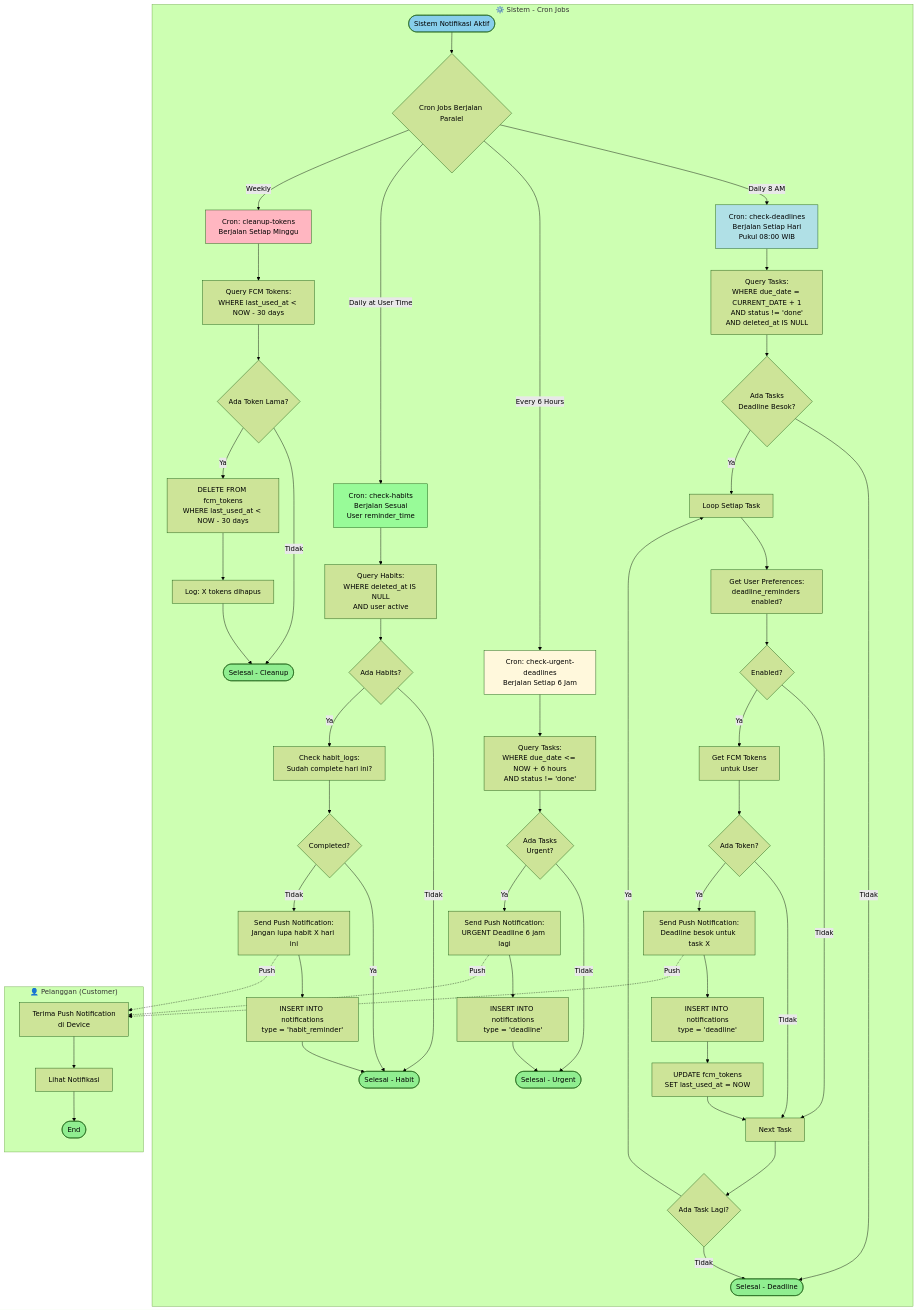
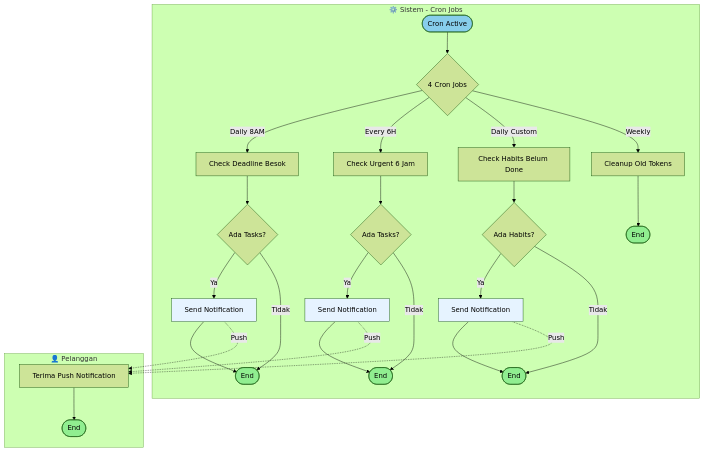
Before and after one commit to FarhanEfendi21/FlowDay: the eighth of 11 diagrams in ACTIVITY_DIAGRAMS.md, drawn with Mermaid (forest theme). The commit also changed other lines of this file, not shown here.

Commit message:
fix activity diagram

````diff
--- a/ACTIVITY_DIAGRAMS.md
+++ b/ACTIVITY_DIAGRAMS.md
@@ -501,77 +305,46 @@
 ```mermaid
 graph TD
     subgraph System["⚙️ Sistem - Cron Jobs"]
-        Start([Sistem Notifikasi Aktif]) --> ParallelCron{Cron Jobs Berjalan Paralel}
+        A([Cron Active]) --> B{4 Cron Jobs}
         
-        %% DEADLINE NOTIFICATION
-        ParallelCron -->|Daily 8 AM| CronDeadline[Cron: check-deadlines<br/>Berjalan Setiap Hari<br/>Pukul 08:00 WIB]
-        CronDeadline --> QueryDeadline[Query Tasks:<br/>WHERE due_date = CURRENT_DATE + 1<br/>AND status != 'done'<br/>AND deleted_at IS NULL]
-        QueryDeadline --> CheckDeadlineTasks{Ada Tasks<br/>Deadline Besok?}
-        CheckDeadlineTasks -->|Tidak| EndDeadline([Selesai - Deadline])
-        CheckDeadlineTasks -->|Ya| LoopDeadlineTasks[Loop Setiap Task]
-        LoopDeadlineTasks --> GetUserPrefs[Get User Preferences:<br/>deadline_reminders enabled?]
-        GetUserPrefs --> CheckDeadlineEnabled{Enabled?}
-        CheckDeadlineEnabled -->|Tidak| NextDeadlineTask[Next Task]
-        CheckDeadlineEnabled -->|Ya| GetFCMTokens[Get FCM Tokens<br/>untuk User]
-        GetFCMTokens --> CheckTokens{Ada Token?}
-        CheckTokens -->|Tidak| NextDeadlineTask
-        CheckTokens -->|Ya| SendDeadlineNotif[Send Push Notification:<br/>Deadline besok untuk task X]
-        SendDeadlineNotif --> SaveNotifHistory[INSERT INTO notifications<br/>type = 'deadline']
-        SaveNotifHistory --> UpdateTokenUsage[UPDATE fcm_tokens<br/>SET last_used_at = NOW]
-        UpdateTokenUsage --> NextDeadlineTask
-        NextDeadlineTask --> CheckMoreDeadline{Ada Task Lagi?}
-        CheckMoreDeadline -->|Ya| LoopDeadlineTasks
-        CheckMoreDeadline -->|Tidak| EndDeadline
+        B -->|Daily 8AM| C[Check Deadline Besok]
+        C --> D{Ada Tasks?}
+        D -->|Ya| E[Send Notification]
+        D -->|Tidak| F([End])
+        E --> F
         
-        %% URGENT DEADLINE
-        ParallelCron -->|Every 6 Hours| CronUrgent[Cron: check-urgent-deadlines<br/>Berjalan Setiap 6 Jam]
-        CronUrgent --> QueryUrgent[Query Tasks:<br/>WHERE due_date <= NOW + 6 hours<br/>AND status != 'done']
-        QueryUrgent --> CheckUrgentTasks{Ada Tasks<br/>Urgent?}
-        CheckUrgentTasks -->|Tidak| EndUrgent([Selesai - Urgent])
-        CheckUrgentTasks -->|Ya| SendUrgentNotif[Send Push Notification:<br/>URGENT Deadline 6 jam lagi]
-        SendUrgentNotif --> SaveUrgentHistory[INSERT INTO notifications<br/>type = 'deadline']
-        SaveUrgentHistory --> EndUrgent
+        B -->|Every 6H| G[Check Urgent 6 Jam]
+        G --> H{Ada Tasks?}
+        H -->|Ya| I[Send Notification]
+        H -->|Tidak| J([End])
+        I --> J
         
-        %% HABIT REMINDER
-        ParallelCron -->|Daily at User Time| CronHabit[Cron: check-habits<br/>Berjalan Sesuai<br/>User reminder_time]
-        CronHabit --> QueryHabits[Query Habits:<br/>WHERE deleted_at IS NULL<br/>AND user active]
-        QueryHabits --> CheckHabits{Ada Habits?}
-        CheckHabits -->|Tidak| EndHabit([Selesai - Habit])
-        CheckHabits -->|Ya| CheckHabitLog[Check habit_logs:<br/>Sudah complete hari ini?]
-        CheckHabitLog --> IsCompleted{Completed?}
-        IsCompleted -->|Ya| EndHabit
-        IsCompleted -->|Tidak| SendHabitNotif[Send Push Notification:<br/>Jangan lupa habit X hari ini]
-        SendHabitNotif --> SaveHabitHistory[INSERT INTO notifications<br/>type = 'habit_reminder']
-        SaveHabitHistory --> EndHabit
+        B -->|Daily Custom| K[Check Habits Belum Done]
+        K --> L{Ada Habits?}
+        L -->|Ya| M[Send Notification]
+        L -->|Tidak| N([End])
+        M --> N
         
-        %% TOKEN CLEANUP
-        ParallelCron -->|Weekly| CronCleanup[Cron: cleanup-tokens<br/>Berjalan Setiap Minggu]
-        CronCleanup --> QueryOldTokens[Query FCM Tokens:<br/>WHERE last_used_at < NOW - 30 days]
-        QueryOldTokens --> CheckOldTokens{Ada Token Lama?}
-        CheckOldTokens -->|Tidak| EndCleanup([Selesai - Cleanup])
-        CheckOldTokens -->|Ya| DeleteOldTokens[DELETE FROM fcm_tokens<br/>WHERE last_used_at < NOW - 30 days]
-        DeleteOldTokens --> LogCleanup[Log: X tokens dihapus]
-        LogCleanup --> EndCleanup
+        B -->|Weekly| O[Cleanup Old Tokens]
+        O --> P([End])
     end
     
-    subgraph User["👤 Pelanggan (Customer)"]
-        ReceiveNotif[Terima Push Notification<br/>di Device]
-        ReceiveNotif --> UserSeeNotif[Lihat Notifikasi]
-        UserSeeNotif --> EndUser([End])
+    subgraph User["👤 Pelanggan"]
+        Q[Terima Push Notification]
+        Q --> R([End])
     end
     
-    SendDeadlineNotif -.->|Push| ReceiveNotif
-    SendUrgentNotif -.->|Push| ReceiveNotif
-    SendHabitNotif -.->|Push| ReceiveNotif
+    E -.->|Push| Q
+    I -.->|Push| Q
+    M -.->|Push| Q
 
-    style Start fill:#87CEEB
-    style EndDeadline fill:#90EE90
-    style EndUrgent fill:#90EE90
-    style EndHabit fill:#90EE90
-    style EndCleanup fill:#90EE90
-    style EndUser fill:#90EE90
-    style CronDeadline fill:#B0E0E6
-    style CronUrgent fill:#FFF8DC
-    style CronHabit fill:#98FB98
-    style CronCleanup fill:#FFB6C1
+    style A fill:#87CEEB
+    style F fill:#90EE90
+    style J fill:#90EE90
+    style N fill:#90EE90
+    style P fill:#90EE90
+    style R fill:#90EE90
+    style E fill:#E6F3FF
+    style I fill:#E6F3FF
+    style M fill:#E6F3FF
 ```
````
